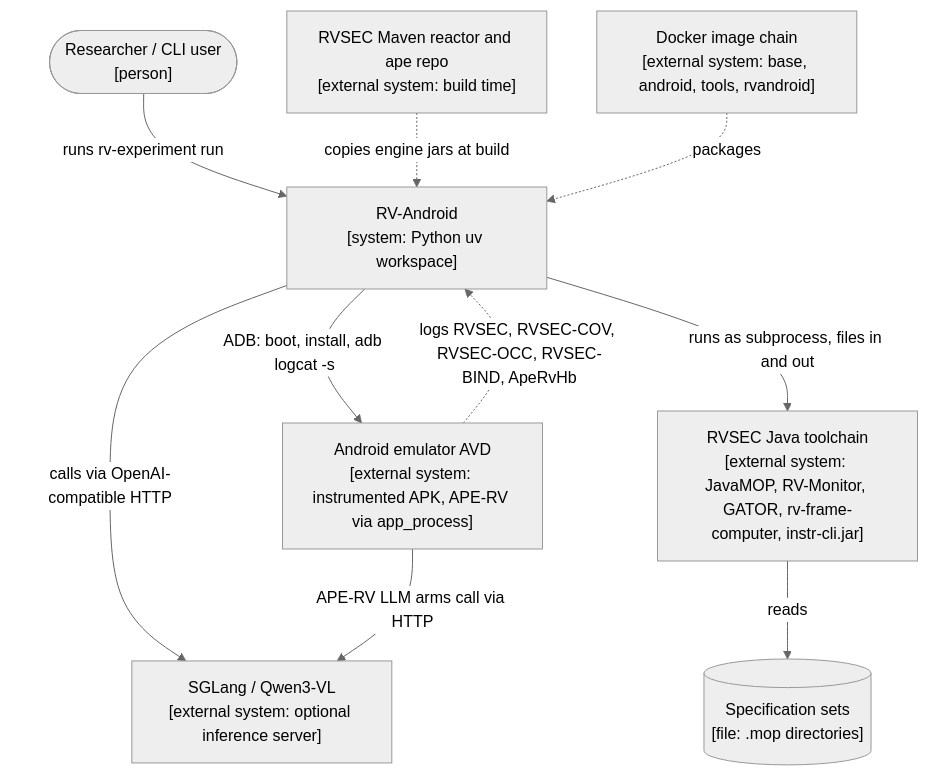
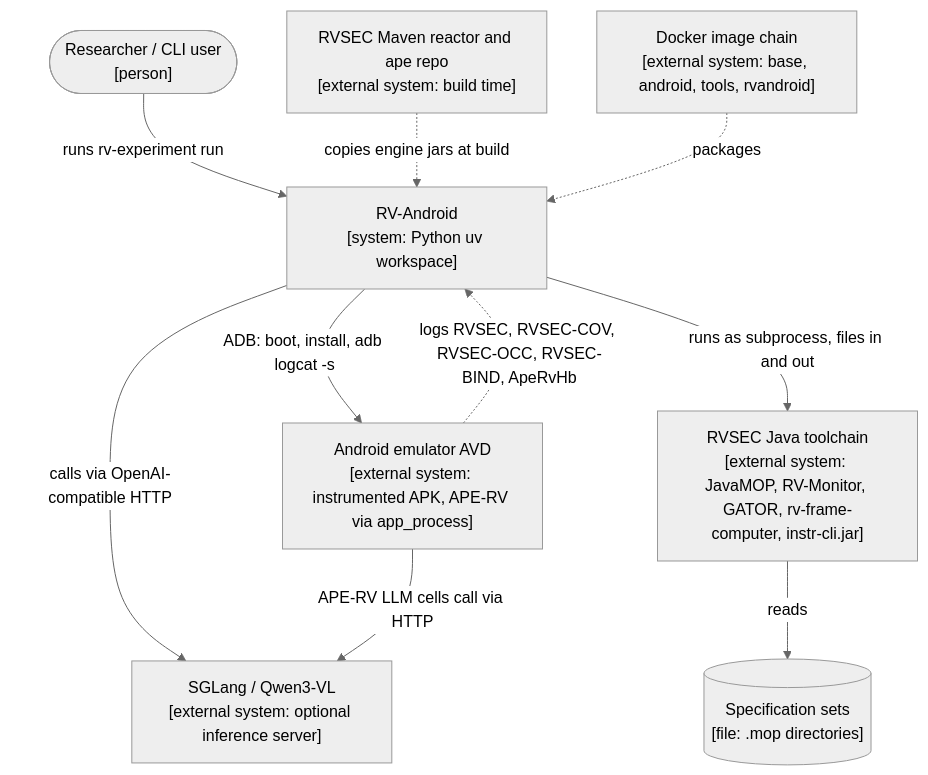
The first of 8 diagrams in rv-android/docs/architecture/rv-android.md (PAMunb/rvsec), drawn with Mermaid before and after one commit. The commit also changed other lines of this file, not shown here.

````diff
--- a/rv-android/docs/architecture/rv-android.md
+++ b/rv-android/docs/architecture/rv-android.md
@@ -70,23 +71,23 @@
 ```mermaid
 %%{init: {'theme': 'neutral'}}%%
 flowchart TB
     %% Source: modules/rv-experiment/src/rv_experiment/__main__.py, modules/rv-android-core/src/rv_android_core/util/android/, modules/rv-monitor-generator/src/rv_monitor_generator/, modules/rv-static-analysis/src/rv_static_analysis/config.py, modules/rv-agent/src/rv_agent/llm/llm_client.py, modules/aperv-tool/src/aperv_tool/tools/aperv/tool.py, docker/
     researcher(["Researcher / CLI user<br/>[person]"])
     rvandroid["RV-Android<br/>[system: Python uv workspace]"]
     emulator["Android emulator AVD<br/>[external system: instrumented APK, APE-RV via app_process]"]
     sglang["SGLang / Qwen3-VL<br/>[external system: optional inference server]"]
     javatools["RVSEC Java toolchain<br/>[external system: JavaMOP, RV-Monitor, GATOR, rv-frame-computer, instr-cli.jar]"]
     specs[("Specification sets<br/>[file: .mop directories]")]
     maven["RVSEC Maven reactor and ape repo<br/>[external system: build time]"]
     docker["Docker image chain<br/>[external system: base, android, tools, rvandroid]"]
 
     researcher -->|"runs rv-experiment run"| rvandroid
     rvandroid -->|"ADB: boot, install, adb logcat -s"| emulator
     emulator -.->|"logs RVSEC, RVSEC-COV, RVSEC-OCC, RVSEC-BIND, ApeRvHb"| rvandroid
     rvandroid -->|"calls via OpenAI-compatible HTTP"| sglang
-    emulator -->|"APE-RV LLM arms call via HTTP"| sglang
+    emulator -->|"APE-RV LLM cells call via HTTP"| sglang
     rvandroid -->|"runs as subprocess, files in and out"| javatools
     javatools -->|"reads"| specs
     maven -.->|"copies engine jars at build"| rvandroid
     docker -.->|"packages"| rvandroid
 ```
````
